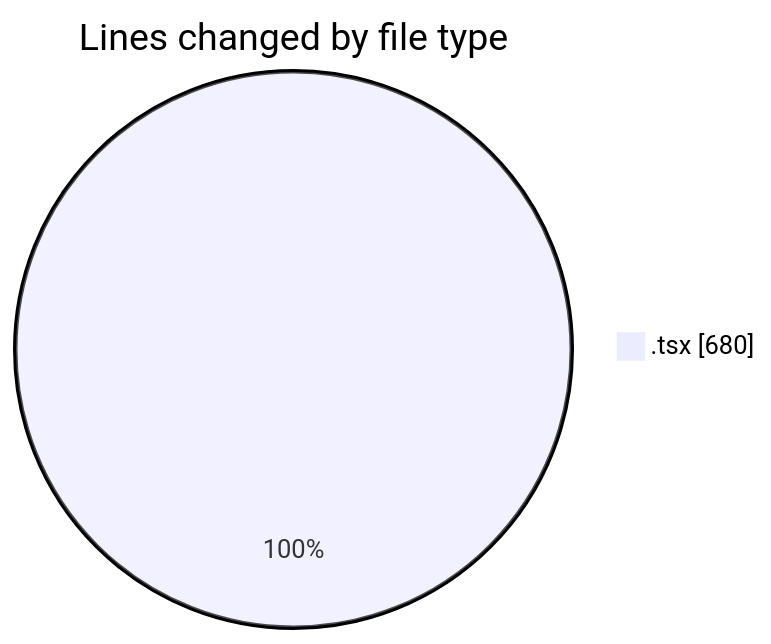
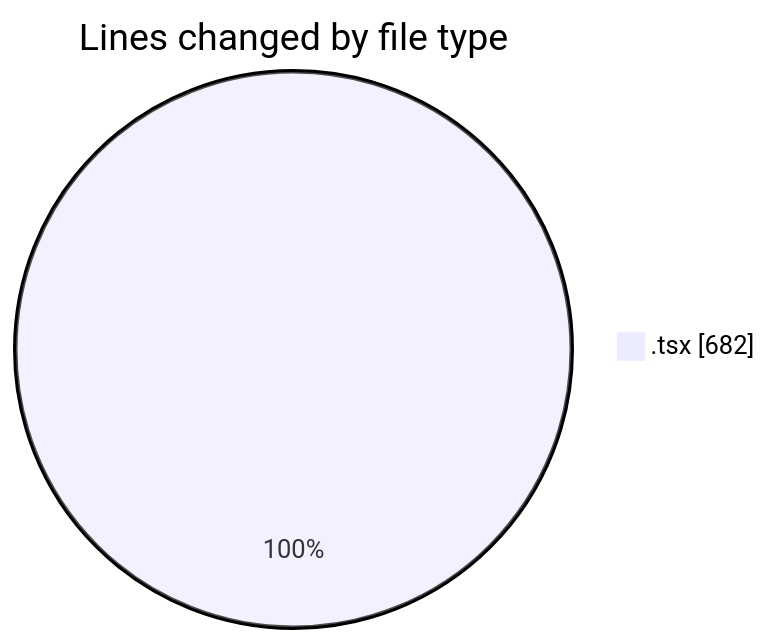
Before and after one commit to JenPaints/code-tracking: the first of 2 diagrams in 2025-06-23/1bhk_life/README.md, drawn with Mermaid. The commit also changed other lines of this file and 1 other file, not shown here.

````diff
--- a/2025-06-23/1bhk_life/README.md
+++ b/2025-06-23/1bhk_life/README.md
@@ -20,5 +20,5 @@
 ```mermaid
 pie showData
 title Lines changed by file type
-".tsx" : 680
+".tsx" : 682
 ```
````
